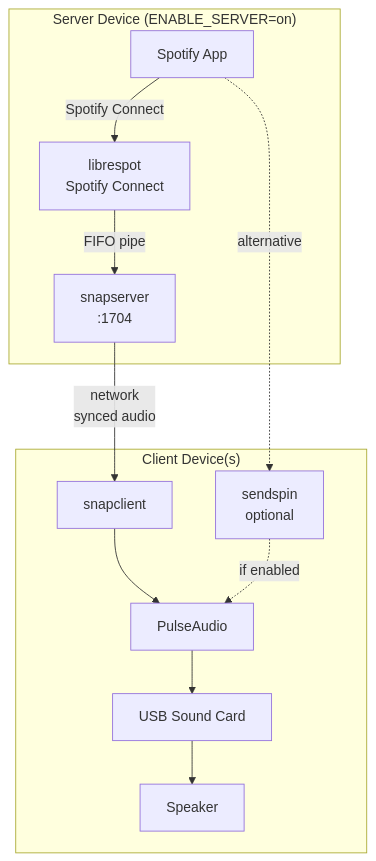
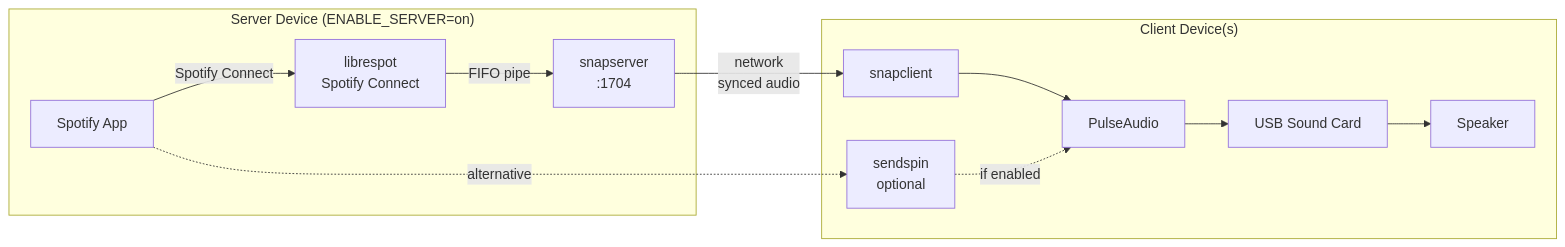
Before and after one commit to skorbiz/balena_snapcast_server: the diagram in README.md, drawn with Mermaid. The commit also changed other lines of this file and 3 other files, not shown here.

````diff
--- a/README.md
+++ b/README.md
@@ -13,25 +13,25 @@
 ```mermaid
-flowchart TB
+flowchart LR
     subgraph server["Server Device (ENABLE_SERVER=on)"]
         spotify[Spotify App]
         librespot[librespot<br/>Spotify Connect]
         snapserver[snapserver<br/>:1704]
         spotify -->|Spotify Connect| librespot
         librespot -->|FIFO pipe| snapserver
     end
     
     subgraph client["Client Device(s)"]
         snapclient[snapclient]
         sendspin[sendspin<br/>optional]
         pulse[PulseAudio]
         usb[USB Sound Card]
         speaker[Speaker]
         snapclient --> pulse
         sendspin -.->|if enabled| pulse
         pulse --> usb
         usb --> speaker
     end
     
     snapserver -->|network<br/>synced audio| snapclient
     spotify -.->|alternative| sendspin
 ```
````
